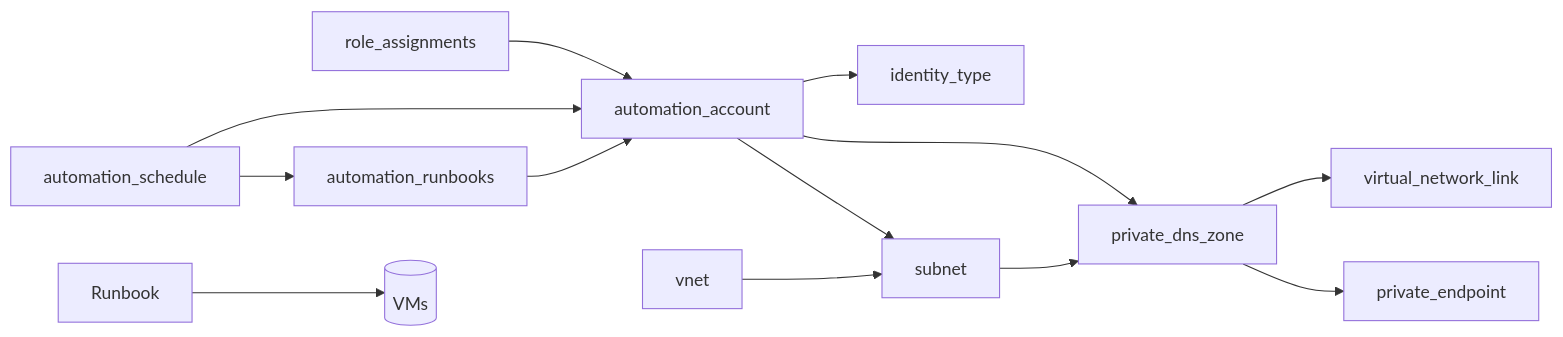
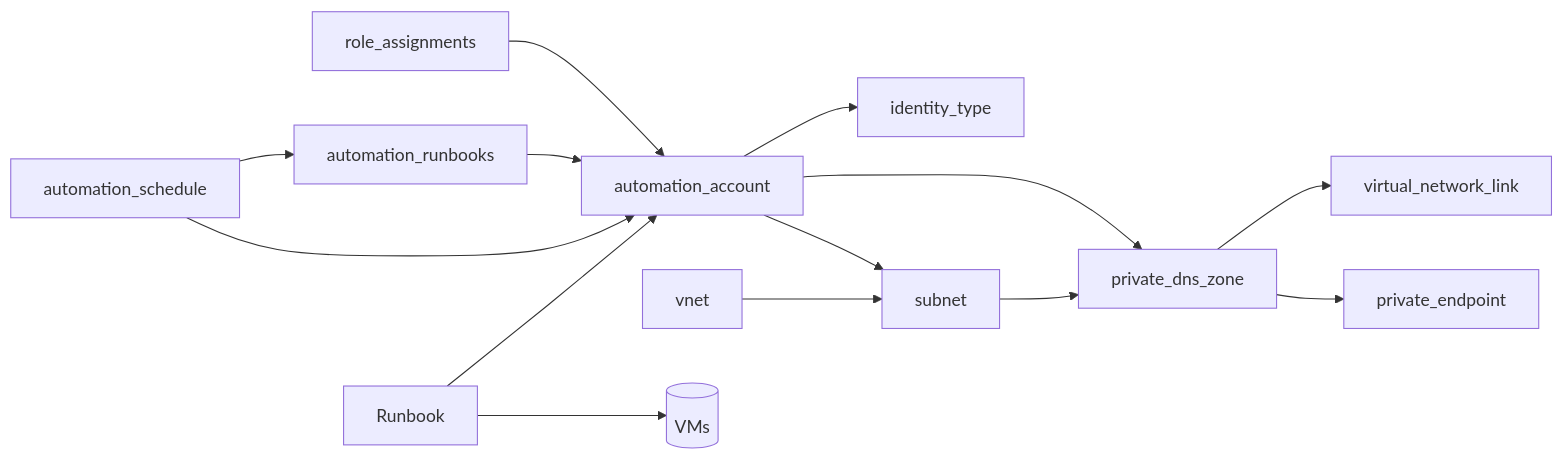
Before and after one commit to luisadanmunoz/luisadanmunoz.github.io: the diagram in _posts/2025-01-10-automation-accounts-runbook.md, drawn with Mermaid.

````diff
--- a/_posts/2025-01-10-automation-accounts-runbook.md
+++ b/_posts/2025-01-10-automation-accounts-runbook.md
@@ -30,15 +30,16 @@
 ```mermaid
 flowchart LR
 role_assignments --> automation_account
 automation_account --> identity_type
 automation_account --> private_dns_zone
 automation_account --> subnet
 automation_runbooks --> automation_account
 automation_schedule --> automation_account
 automation_schedule --> automation_runbooks
 vnet --> subnet
 subnet --> private_dns_zone
 private_dns_zone --> virtual_network_link
 private_dns_zone --> private_endpoint
 Runbook --> AzureResource[(VMs)]
+Runbook --> automation_account
 ```
````
